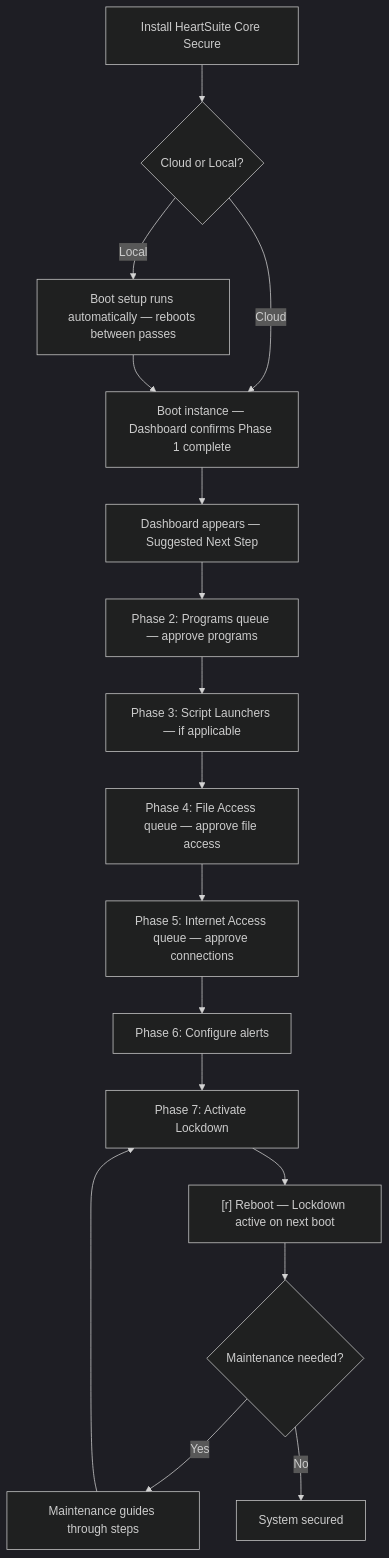
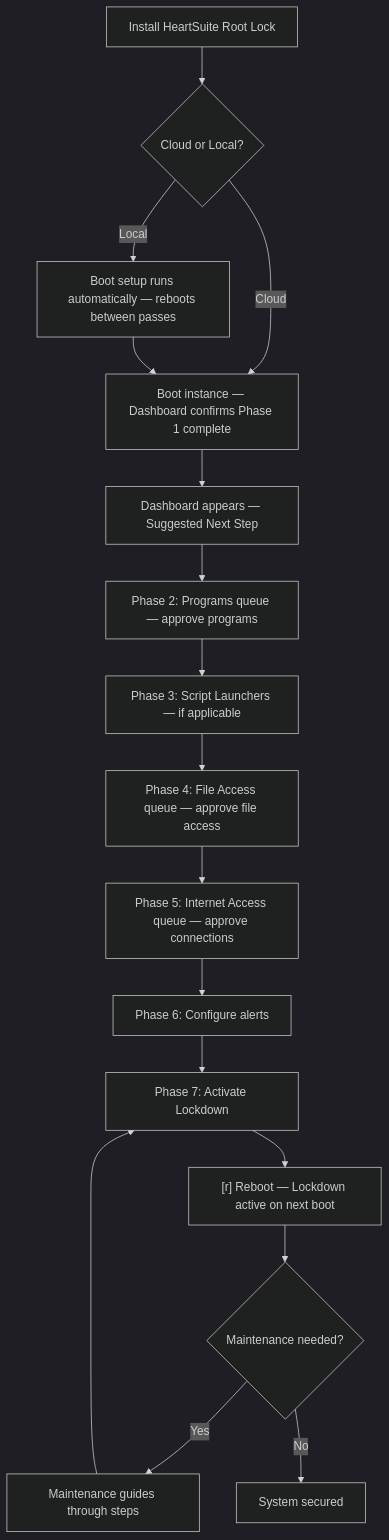
The diagram in content/en/docs/introduction/setup-overview/_index.md (HeartSecuritySuite/heartsuite-docs), drawn with Mermaid (dark theme) before and after one commit. The commit also changed other lines of this file and 62 other files, not shown here.

First line of the commit message:
Rename product from Core Secure to Root Lock

````diff
--- a/content/en/docs/introduction/setup-overview/_index.md
+++ b/content/en/docs/introduction/setup-overview/_index.md
@@ -63,19 +63,19 @@
 ```mermaid
 graph TD
-    A[Install HeartSuite Core Secure] --> B{Cloud or Local?}
+    A[Install HeartSuite Root Lock] --> B{Cloud or Local?}
     B -- Cloud --> C[Boot instance — Dashboard confirms Phase 1 complete]
     B -- Local --> D["Boot setup runs automatically — reboots between passes"]
     D --> C
     C --> E[Dashboard appears — Suggested Next Step]
     E --> F["Phase 2: Programs queue — approve programs"]
     F --> G["Phase 3: Script Launchers — if applicable"]
     G --> H["Phase 4: File Access queue — approve file access"]
     H --> I["Phase 5: Internet Access queue — approve connections"]
     I --> J["Phase 6: Configure alerts"]
     J --> K["Phase 7: Activate Lockdown"]
     K --> L["[r] Reboot — Lockdown active on next boot"]
     L --> M{Maintenance needed?}
     M -- Yes --> N["Maintenance guides through steps"]
     N --> K
     M -- No --> O[System secured]
 ```
````
